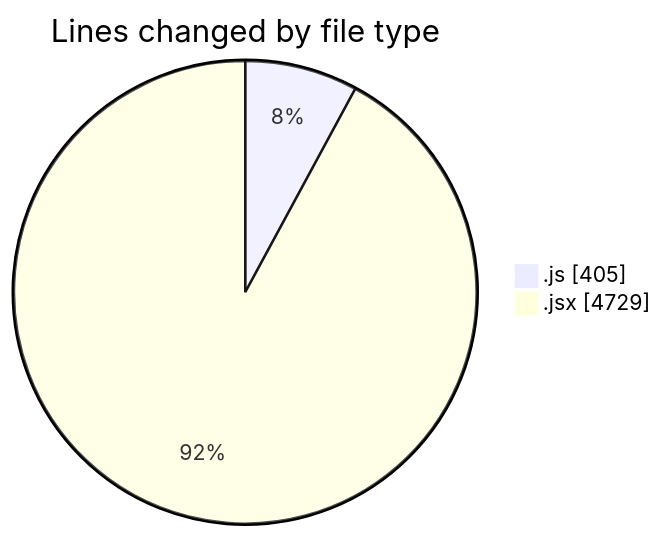
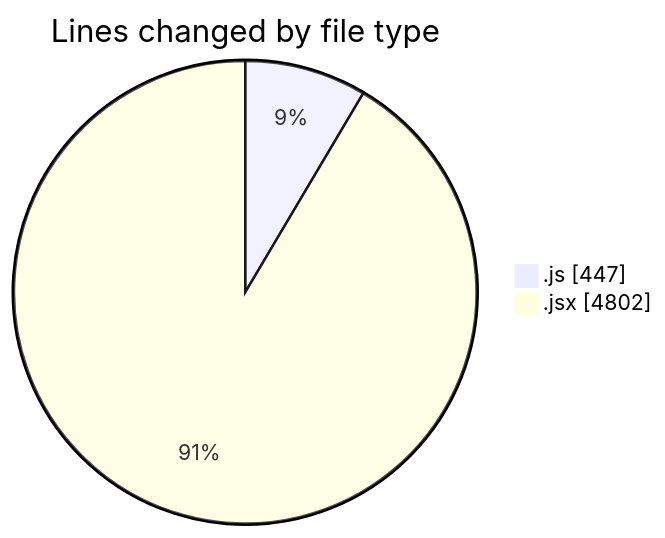
The first of 2 diagrams in 2025-05-21/nxtqube_webapp/README.md (nxtqubesakshisongat/code-tracking), drawn with Mermaid before and after one commit. The commit also changed other lines of this file and 1 other file, not shown here.

````diff
--- a/2025-05-21/nxtqube_webapp/README.md
+++ b/2025-05-21/nxtqube_webapp/README.md
@@ -26,6 +28,6 @@
 ```mermaid
 pie showData
 title Lines changed by file type
-".js" : 405
-".jsx" : 4729
+".js" : 447
+".jsx" : 4802
 ```
````
